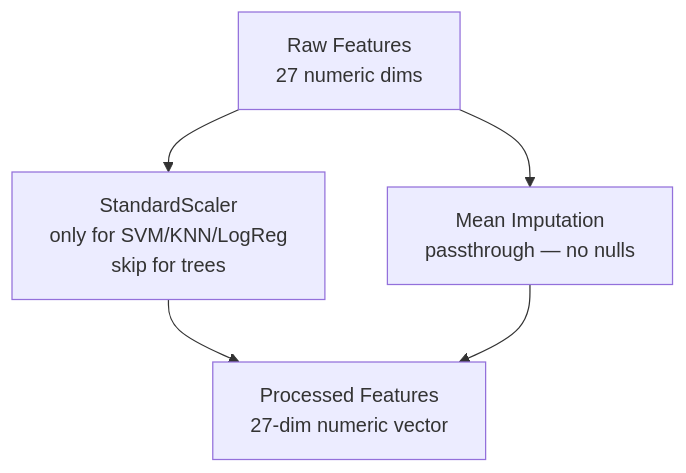
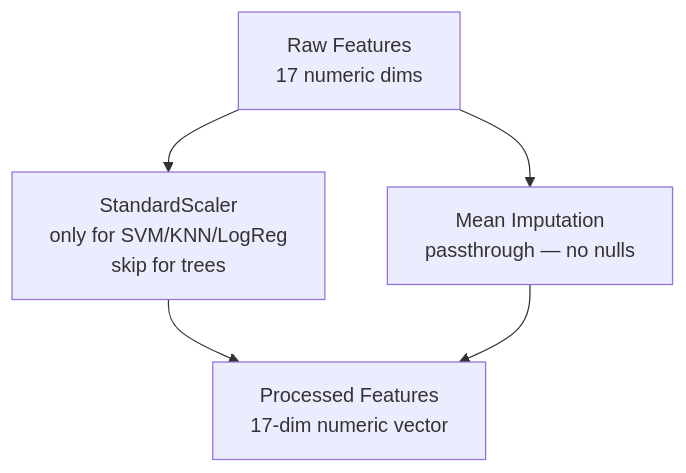
One commit to Evintkoo/2048-ml changed the third of 7 diagrams in plans/05-Model/02-Training/01-training-pipeline.md. Above: the diagram before and after it, drawn with Mermaid. The commit also changed other lines of this file and 198 other files, not shown here.

````diff
--- a/plans/05-Model/02-Training/01-training-pipeline.md
+++ b/plans/05-Model/02-Training/01-training-pipeline.md
@@ -62,11 +62,11 @@
 ```mermaid
 flowchart TD
-    Raw[Raw Features<br/>27 numeric dims]
+    Raw[Raw Features<br/>17 numeric dims]
     Raw --> Scaler[StandardScaler<br/>only for SVM/KNN/LogReg<br/>skip for trees]
     Raw --> Imputer[Mean Imputation<br/>passthrough — no nulls]
     
     Scaler --> Processed
     Imputer --> Processed
     
-    Processed[Processed Features<br/>27-dim numeric vector]
+    Processed[Processed Features<br/>17-dim numeric vector]
 ```
````
